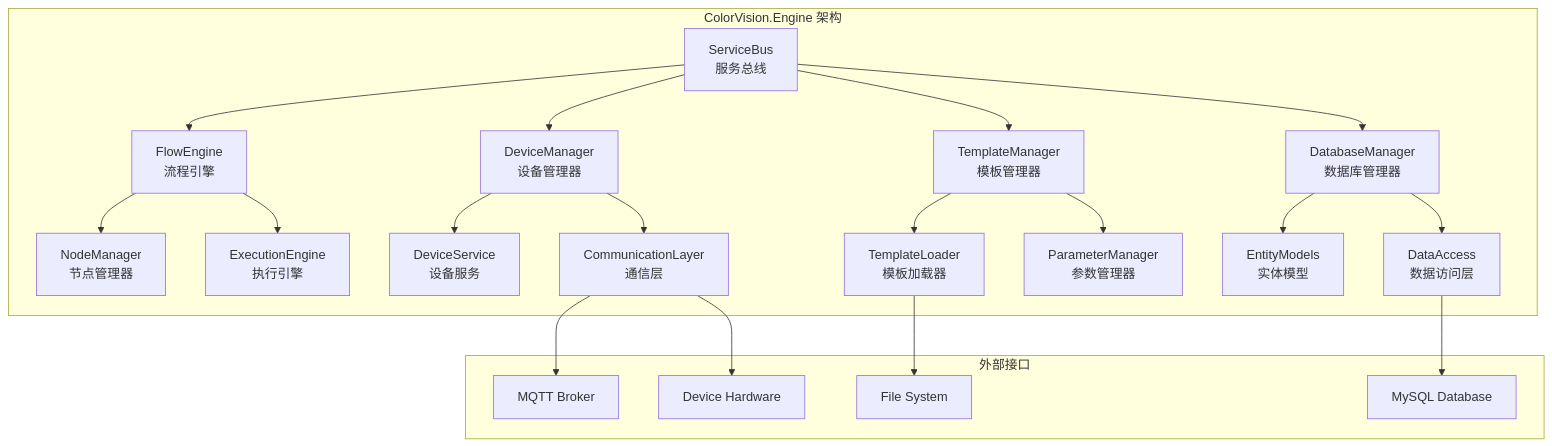
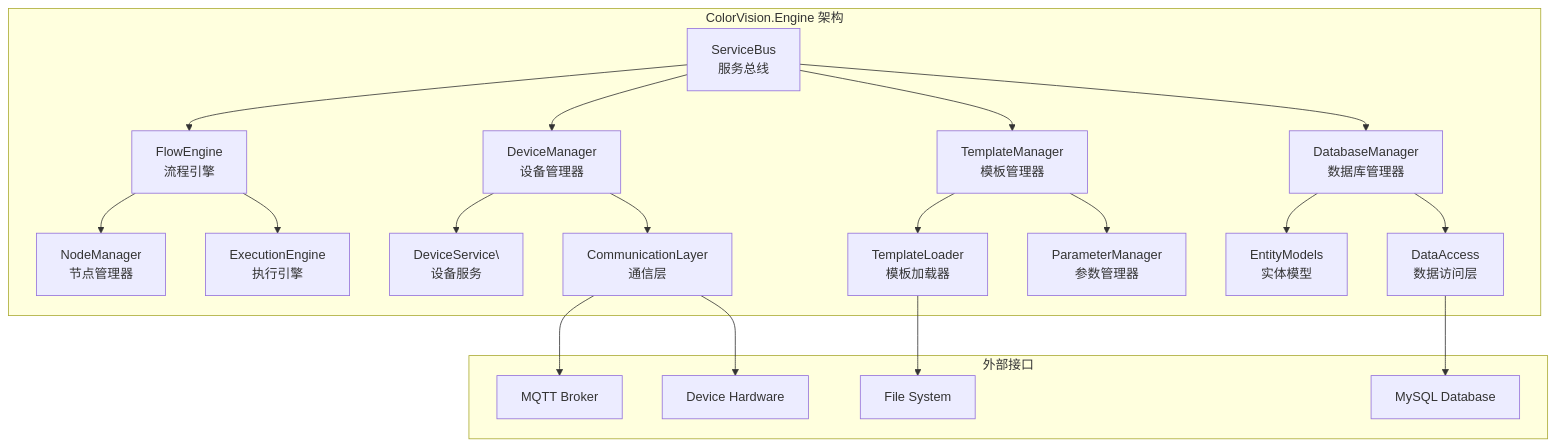
The diagram in docs/engine-components/ColorVision.Engine.md (xincheng213618/scgd_general_wpf), drawn with Mermaid before and after one commit. The commit also changed other lines of this file and 70 other files, not shown here.

````diff
--- a/docs/engine-components/ColorVision.Engine.md
+++ b/docs/engine-components/ColorVision.Engine.md
@@ -55,33 +55,33 @@
 ```mermaid
 graph TB
     subgraph "ColorVision.Engine 架构"
         A[FlowEngine<br/>流程引擎] --> B[NodeManager<br/>节点管理器]
         A --> C[ExecutionEngine<br/>执行引擎]
         
-        D[DeviceManager<br/>设备管理器] --> E[DeviceService<br/>设备服务]
+        D[DeviceManager<br/>设备管理器] --> E[DeviceService\<br/>设备服务]
         D --> F[CommunicationLayer<br/>通信层]
         
         G[TemplateManager<br/>模板管理器] --> H[TemplateLoader<br/>模板加载器]
         G --> I[ParameterManager<br/>参数管理器]
         
         J[DatabaseManager<br/>数据库管理器] --> K[EntityModels<br/>实体模型]
         J --> L[DataAccess<br/>数据访问层]
         
         M[ServiceBus<br/>服务总线] --> A
         M --> D
         M --> G
         M --> J
     end
     
     subgraph "外部接口"
         N[MQTT Broker]
         O[MySQL Database]
         P[Device Hardware]
         Q[File System]
     end
     
     F --> N
     F --> P
     L --> O
     H --> Q
 ```
````
